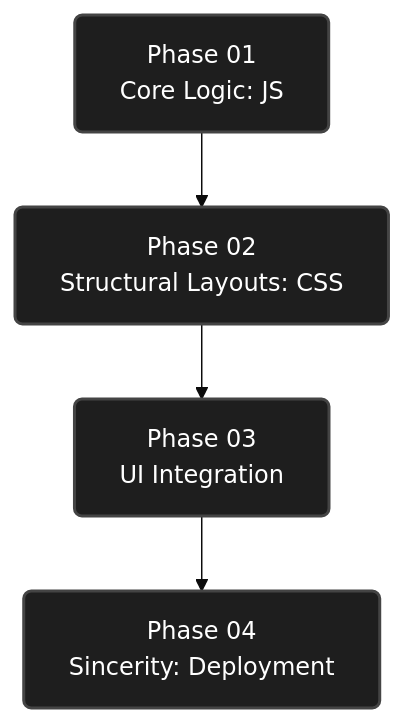
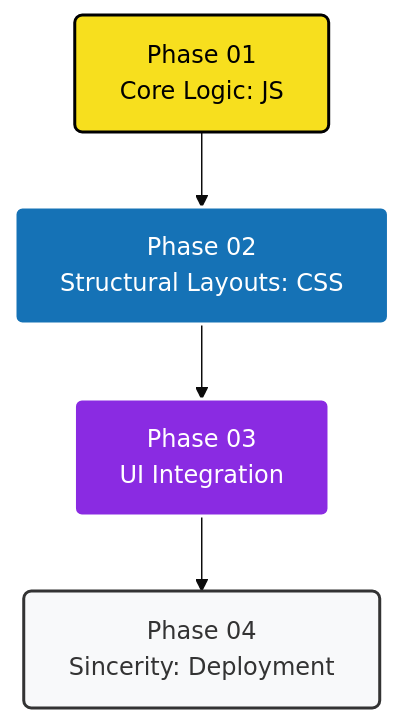
One commit to SonamNarula/ChaiCode-Dev-Cohort changed the first of 3 diagrams in README.md. Above: the diagram before and after it, drawn with Mermaid (base theme). The commit also changed other lines of this file, not shown here.

Commit message:
docs: apply vibrant custom color palettes to Mermaid flowcharts

````diff
--- a/README.md
+++ b/README.md
@@ -20,7 +20,11 @@
 ```mermaid
 graph TD
-    classDef phase fill:#1e1e1e,stroke:#444,stroke-width:2px,color:#fff,rx:5px,ry:5px;
-    A[Phase 01<br/>Core Logic: JS]:::phase --> B[Phase 02<br/>Structural Layouts: CSS]:::phase
-    B --> C[Phase 03<br/>UI Integration]:::phase
-    C --> D[Phase 04<br/>Sincerity: Deployment]:::phase
+    classDef js fill:#f7df1e,stroke:#000,stroke-width:2px,color:#000,rx:5px,ry:5px;
+    classDef css fill:#1572b6,stroke:#fff,stroke-width:2px,color:#fff,rx:5px,ry:5px;
+    classDef arc fill:#8a2be2,stroke:#fff,stroke-width:2px,color:#fff,rx:5px,ry:5px;
+    classDef sin fill:#f8f9fa,stroke:#333,stroke-width:2px,color:#333,rx:5px,ry:5px;
+
+    A[Phase 01<br/>Core Logic: JS]:::js --> B[Phase 02<br/>Structural Layouts: CSS]:::css
+    B --> C[Phase 03<br/>UI Integration]:::arc
+    C --> D[Phase 04<br/>Sincerity: Deployment]:::sin
 ```
````
